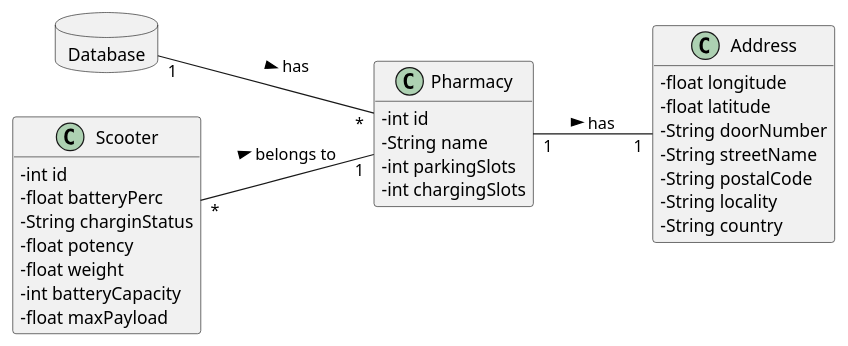
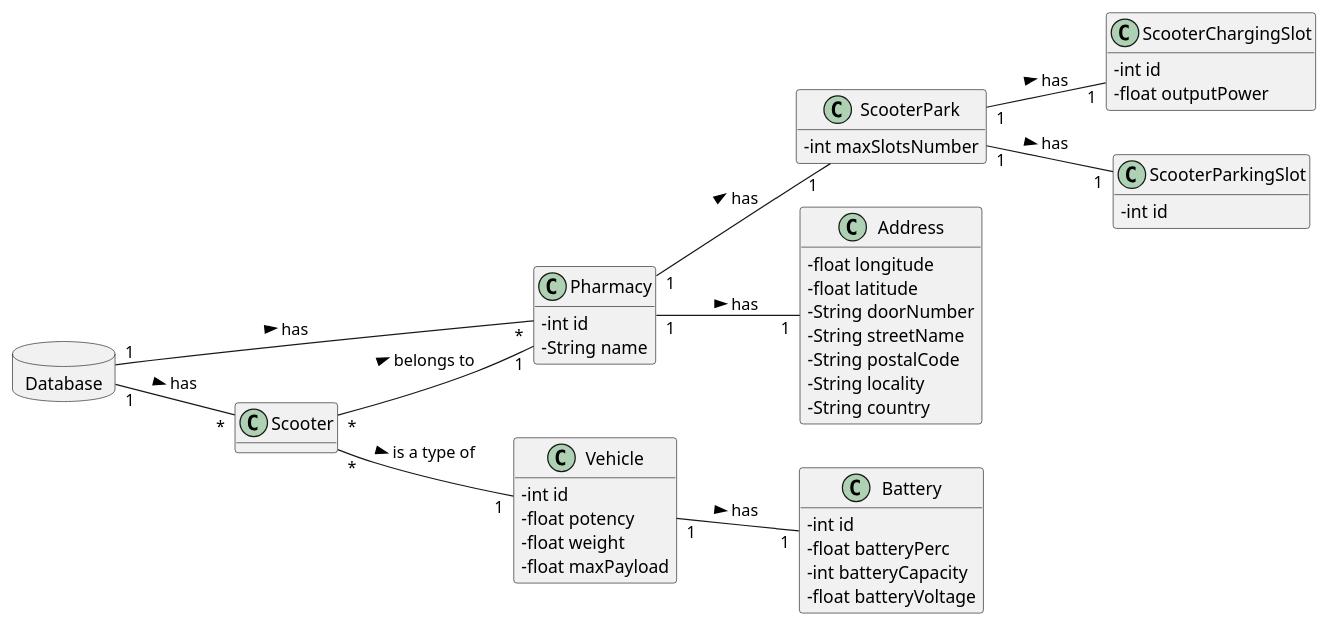
The diagram in docs/Iteration 2/Scooter Management/US32_UpdateScooter/Refinement/US32_DM.puml (tiagoavcosta25/LAPR3), drawn with PlantUML before and after one commit. The commit also changed 15 other files, not shown here.

```diff
--- a/docs/Iteration 2/Scooter Management/US32_UpdateScooter/Refinement/US32_DM.puml
+++ b/docs/Iteration 2/Scooter Management/US32_UpdateScooter/Refinement/US32_DM.puml
@@ -1,41 +1,65 @@
 @startuml
 skinparam classAttributeIconSize 0
 hide methods
 left to right direction
 
 database Database {
 }
 
 class Pharmacy {
   -int id
   -String name
-  -int parkingSlots
-  -int chargingSlots
+}
+
+class ScooterPark{
+-   int maxSlotsNumber
+}
+
+class ScooterChargingSlot{
+-   int id
+-   float outputPower
+}
+
+class ScooterParkingSlot{
+-   int id
 }
 
 class Scooter{
+}
+
+class Vehicle{
+  -int id
+  -float potency
+  -float weight
+  -float maxPayload
+}
+
+class Battery{
   -int id
   -float batteryPerc
-  -String charginStatus
-  -float potency
-  -float weight
   -int batteryCapacity
-  -float maxPayload
+  -float batteryVoltage
 }
 
 class Address{
   -float longitude
   -float latitude
   -String doorNumber
   -String streetName
   -String postalCode
   -String locality
   -String country
 }
 
 
 
 Database "1" -- "*" Pharmacy : has >
+Database "1" -- "*" Scooter : has >
 Scooter "*" -- "1" Pharmacy : belongs to >
+Scooter "*" -- "1" Vehicle : is a type of >
+Vehicle "1" -- "1" Battery : has >
 Pharmacy "1" -- "1" Address : has >
+Pharmacy "1" -- "1" ScooterPark : has >
+ScooterPark "1" -- "1" ScooterChargingSlot : has >
+ScooterPark "1" -- "1" ScooterParkingSlot : has >
 @enduml
```
